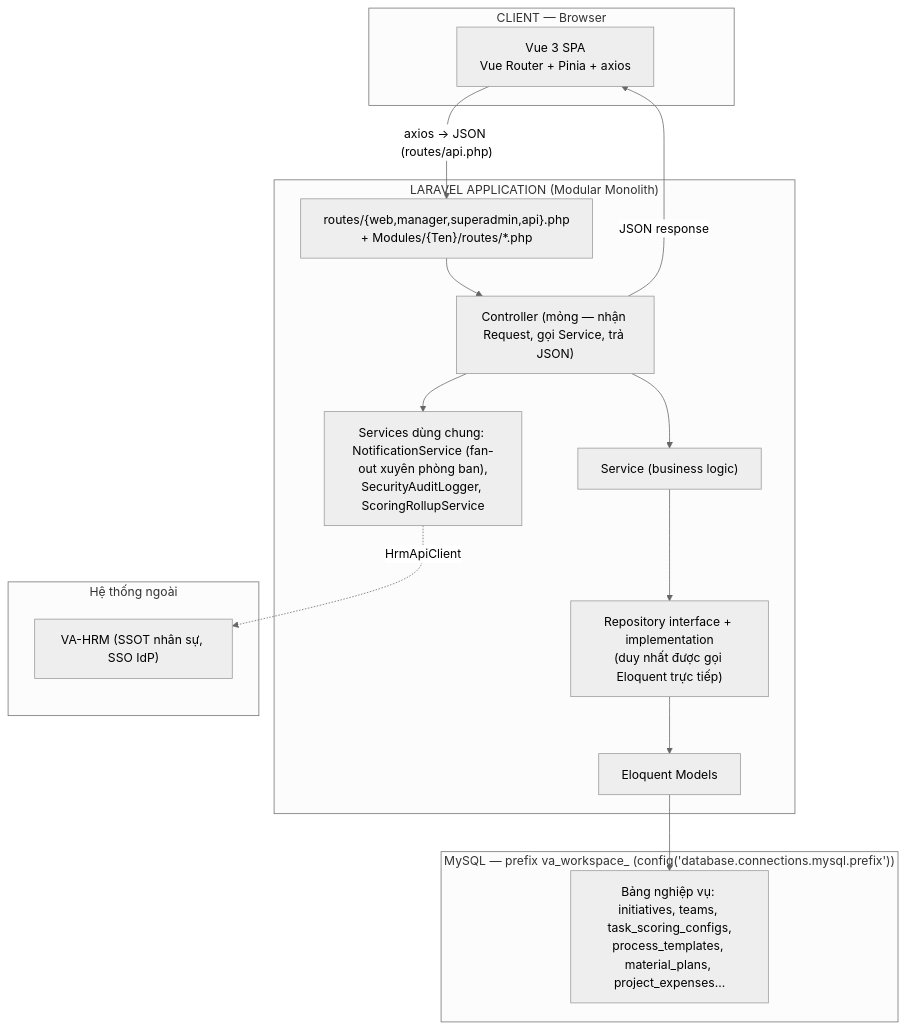
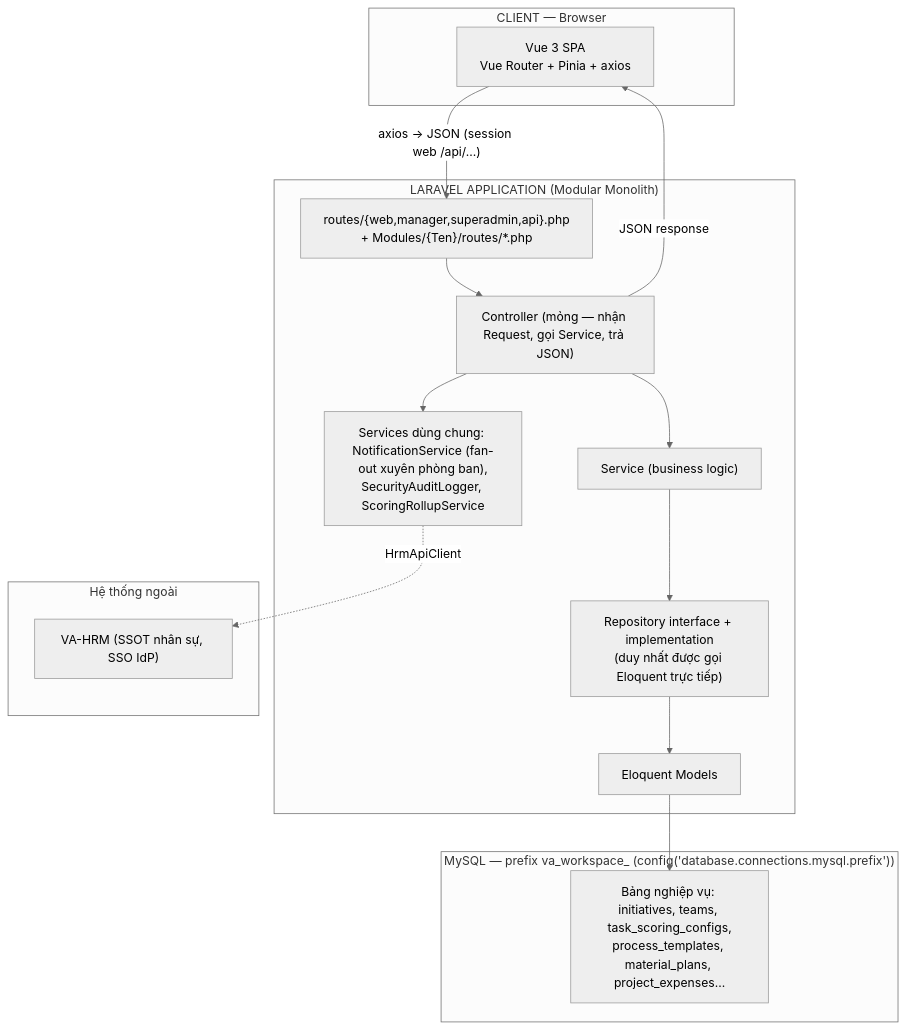
The first of 5 diagrams in docs/VA_WORKSPACE_OVERVIEW.md (KaneDevVaSchool/va-workspace), drawn with Mermaid (neutral theme) before and after one commit. The commit also changed other lines of this file and 27 other files, not shown here.

````diff
--- a/docs/VA_WORKSPACE_OVERVIEW.md
+++ b/docs/VA_WORKSPACE_OVERVIEW.md
@@ -121,29 +153,29 @@
 ```mermaid
 flowchart TB
   subgraph client ["CLIENT — Browser"]
     VUE["Vue 3 SPA<br/>Vue Router + Pinia + axios"]
   end
   subgraph server ["LARAVEL APPLICATION (Modular Monolith)"]
     ROUTES["routes/{web,manager,superadmin,api}.php<br/>+ Modules/{Ten}/routes/*.php"]
     CTRL["Controller (mỏng — nhận Request, gọi Service, trả JSON)"]
     SVC["Service (business logic)"]
     REPO["Repository interface + implementation<br/>(duy nhất được gọi Eloquent trực tiếp)"]
     MODELS["Eloquent Models"]
     CROSS["Services dùng chung: NotificationService (fan-out xuyên phòng ban),<br/>SecurityAuditLogger, ScoringRollupService"]
   end
   subgraph db ["MySQL — prefix va_workspace_ (config('database.connections.mysql.prefix'))"]
     TABLES["Bảng nghiệp vụ: initiatives, teams, task_scoring_configs,<br/>process_templates, material_plans, project_expenses…"]
   end
   subgraph ext ["Hệ thống ngoài"]
     HRM["VA-HRM (SSOT nhân sự, SSO IdP)"]
   end
-  VUE -->|"axios → JSON (routes/api.php)"| ROUTES
+  VUE -->|"axios → JSON (session web /api/…)"| ROUTES
   ROUTES --> CTRL
   CTRL --> SVC
   SVC --> REPO
   CTRL --> CROSS
   REPO --> MODELS
   MODELS --> TABLES
   CTRL -->|"JSON response"| VUE
   CROSS -.->|"HrmApiClient"| HRM
 ```
````
